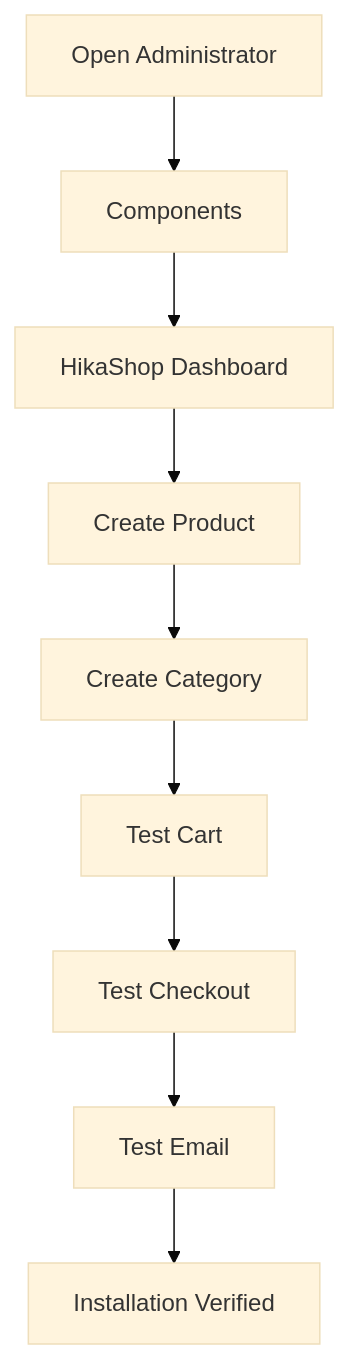
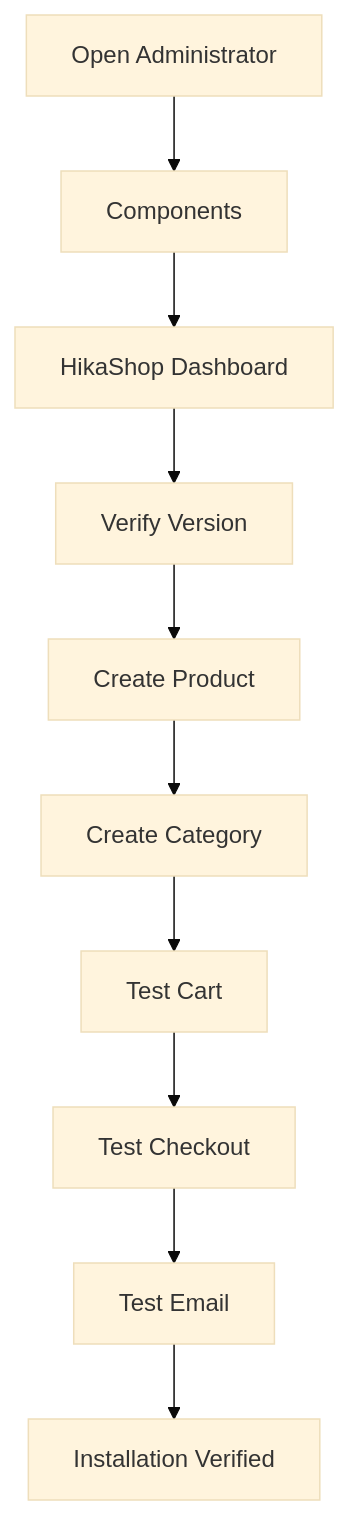
The fifth of 6 diagrams in joomla/learning/extensions/hikashop-6-5-2-installation-guide.md (duyduyly/php-notebook), drawn with Mermaid (base theme) before and after one commit. The commit also changed other lines of this file, not shown here.

Commit message:
Expand HikaShop 6.5.2 installation guide with features and migration tests

````diff
--- a/joomla/learning/extensions/hikashop-6-5-2-installation-guide.md
+++ b/joomla/learning/extensions/hikashop-6-5-2-installation-guide.md
@@ -303,22 +225,12 @@
 ```mermaid
 flowchart TD
-
-A[Open Administrator]
-B[Components]
-C[HikaShop Dashboard]
-D[Create Product]
-E[Create Category]
-F[Test Cart]
-G[Test Checkout]
-H[Test Email]
-I[Installation Verified]
-
-A --> B
-B --> C
-C --> D
-D --> E
-E --> F
-F --> G
-G --> H
-H --> I
+    A[Open Administrator] --> B[Components]
+    B --> C[HikaShop Dashboard]
+    C --> D[Verify Version]
+    D --> E[Create Product]
+    E --> F[Create Category]
+    F --> G[Test Cart]
+    G --> H[Test Checkout]
+    H --> I[Test Email]
+    I --> J[Installation Verified]
 ```
````
